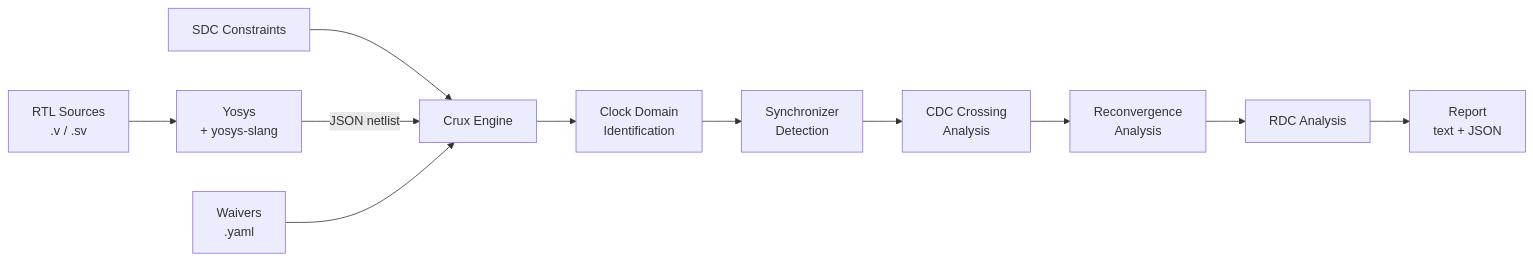
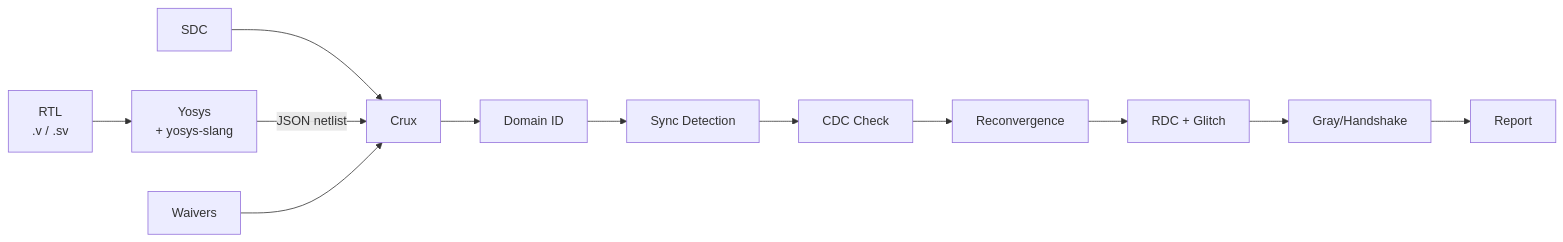
Before and after one commit to jyrj/crux: the diagram in README.md, drawn with Mermaid. The commit also changed other lines of this file and 13 other files, not shown here.

````diff
--- a/README.md
+++ b/README.md
@@ -13,13 +8,14 @@
 ```mermaid
 graph LR
-    A[RTL Sources<br/>.v / .sv] --> B[Yosys<br/>+ yosys-slang]
-    C[SDC Constraints] --> D
-    B --> |JSON netlist| D[Crux Engine]
-    E[Waivers<br/>.yaml] --> D
-    D --> F[Clock Domain<br/>Identification]
-    F --> G[Synchronizer<br/>Detection]
-    G --> H[CDC Crossing<br/>Analysis]
-    H --> I[Reconvergence<br/>Analysis]
-    I --> J[RDC Analysis]
-    J --> K[Report<br/>text + JSON]
+    A[RTL<br/>.v / .sv] --> B[Yosys<br/>+ yosys-slang]
+    C[SDC] --> D
+    B --> |JSON netlist| D[Crux]
+    E[Waivers] --> D
+    D --> F[Domain ID]
+    F --> G[Sync Detection]
+    G --> H[CDC Check]
+    H --> I[Reconvergence]
+    I --> J[RDC + Glitch]
+    J --> K[Gray/Handshake]
+    K --> L[Report]
 ```
````
